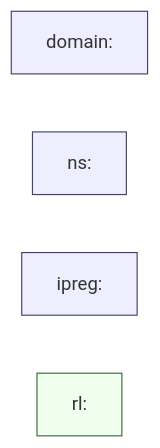
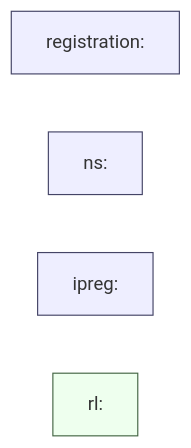
The second of 2 diagrams in internal/registrydata/DESIGN.md (datum-cloud/network-services-operator), drawn with Mermaid before and after one commit. The commit also changed other lines of this file, not shown here.

First line of the commit message:
docs: Describe the registry cache per name

````diff
--- a/internal/registrydata/DESIGN.md
+++ b/internal/registrydata/DESIGN.md
@@ -180,10 +190,10 @@
 ```mermaid
 flowchart LR
-  D[domain:<apex>]:::cache
+  REG[registration:<apex>]:::cache
   NS[ns:<hostname>]:::cache
   IP[ipreg:<ip>]:::cache
   RL[rl:<provider>]:::lim
 
   classDef cache fill:#eef,stroke:#446
   classDef lim fill:#efe,stroke:#464
 ```
````
